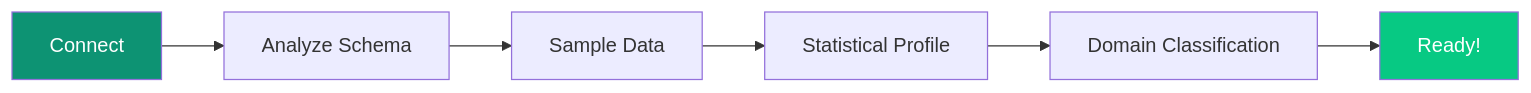
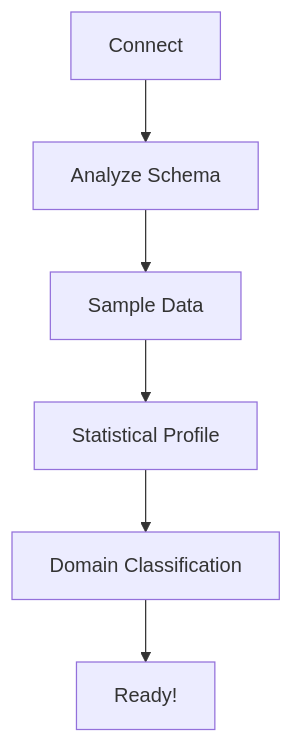
Before and after one commit to ashishsuperatom/tech-docs: the diagram in introduction/quickstart.mdx, drawn with Mermaid. The commit also changed other lines of this file and 37 other files, not shown here.

First line of the commit message:
Clean up docs: remove em-dashes, fix mermaid diagrams, remove emojis

````diff
--- a/introduction/quickstart.mdx
+++ b/introduction/quickstart.mdx
@@ -75,11 +75,9 @@
 ```mermaid
-flowchart LR
+flowchart TD
     CONNECT["Connect"] --> SCHEMA["Analyze Schema"]
     SCHEMA --> SAMPLE["Sample Data"]
     SAMPLE --> PROFILE["Statistical Profile"]
     PROFILE --> DOMAIN["Domain Classification"]
     DOMAIN --> READY["Ready!"]
 
-    style CONNECT fill:#0D9373,color:#fff
-    style READY fill:#07C983,color:#fff
 ```
````
